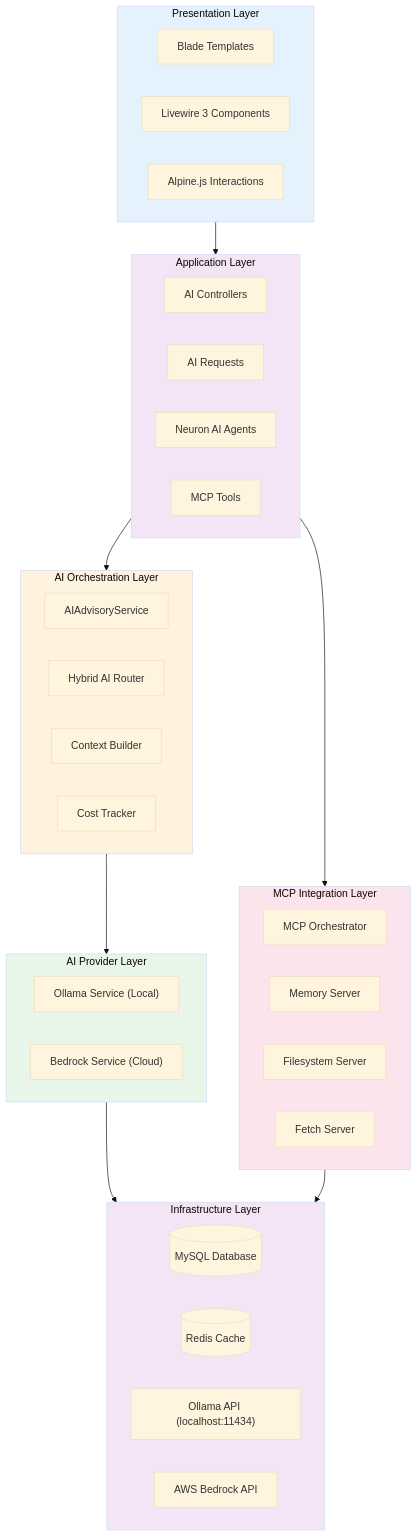
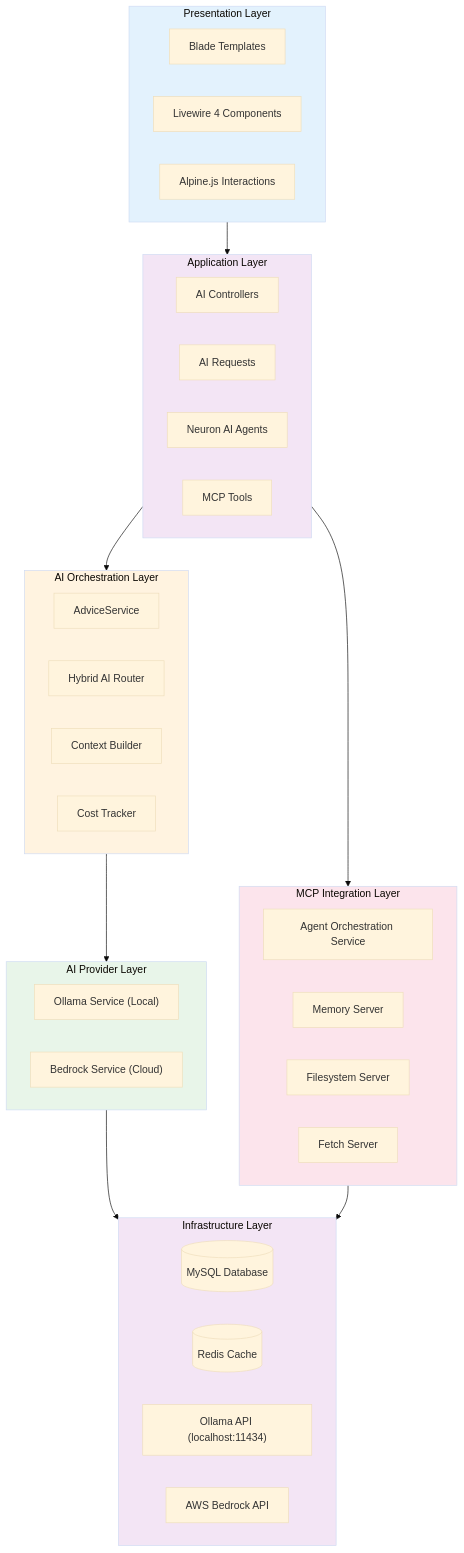
The first of 9 diagrams in docs/01-tech-flow/TECH-FLOW-006_AI_Advisory_Flow.md (exatfrds67/umamusume-career-planner), drawn with Mermaid (base theme) before and after one commit. The commit also changed other lines of this file and 111 other files, not shown here.

````diff
--- a/docs/01-tech-flow/TECH-FLOW-006_AI_Advisory_Flow.md
+++ b/docs/01-tech-flow/TECH-FLOW-006_AI_Advisory_Flow.md
@@ -47,55 +47,55 @@
 ```mermaid
 flowchart TB
     subgraph Presentation["Presentation Layer"]
         Blade["Blade Templates"]
-        Livewire["Livewire 3 Components"]
+        Livewire["Livewire 4 Components"]
         Alpine["Alpine.js Interactions"]
     end
     
     subgraph Application["Application Layer"]
         Controllers["AI Controllers"]
         FormRequests["AI Requests"]
         NeuronAgents["Neuron AI Agents"]
         MCPTools["MCP Tools"]
     end
     
     subgraph AIOrchestration["AI Orchestration Layer"]
-        AIAdvisory["AIAdvisoryService"]
+        AIAdvisory["AdviceService"]
         HybridRouter["Hybrid AI Router"]
         ContextBuilder["Context Builder"]
         CostTracker["Cost Tracker"]
     end
     
     subgraph Providers["AI Provider Layer"]
         Ollama["Ollama Service (Local)"]
         Bedrock["Bedrock Service (Cloud)"]
     end
     
     subgraph MCPLayer["MCP Integration Layer"]
-        MCPOrchestrator["MCP Orchestrator"]
+        MCPOrchestrator["Agent Orchestration Service"]
         MemoryServer["Memory Server"]
         FilesystemServer["Filesystem Server"]
         FetchServer["Fetch Server"]
     end
     
     subgraph Infrastructure["Infrastructure Layer"]
         MySQL[("MySQL Database")]
         Redis[("Redis Cache")]
         OllamaAPI["Ollama API (localhost:11434)"]
         AWSBedrock["AWS Bedrock API"]
     end
     
     Presentation --> Application
     Application --> AIOrchestration
     Application --> MCPLayer
     AIOrchestration --> Providers
     Providers --> Infrastructure
     MCPLayer --> Infrastructure
     
     style Presentation fill:#e3f2fd
     style Application fill:#f3e5f5
     style AIOrchestration fill:#fff3e0
     style Providers fill:#e8f5e9
     style MCPLayer fill:#fce4ec
     style Infrastructure fill:#f3e5f5
 ```
````
